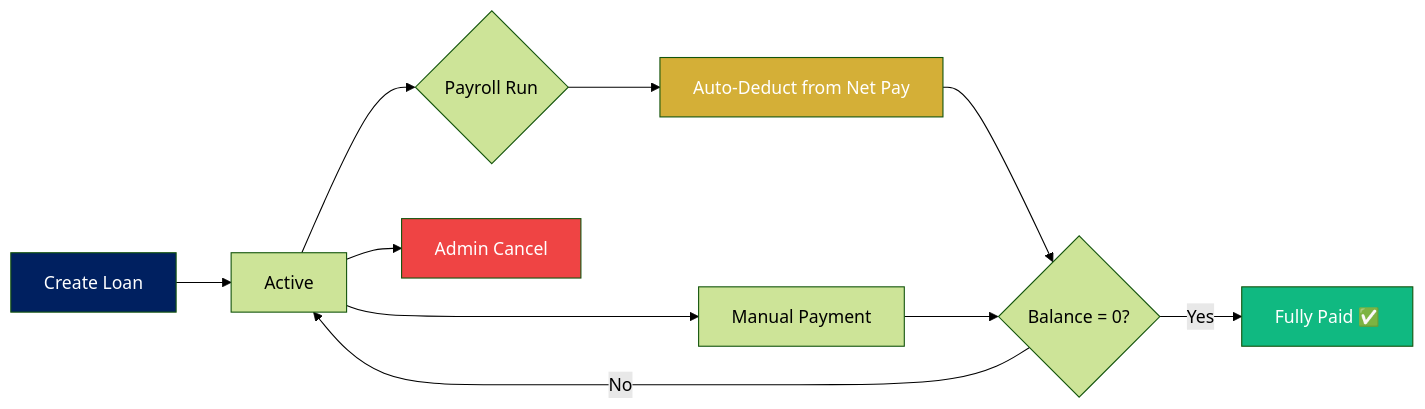
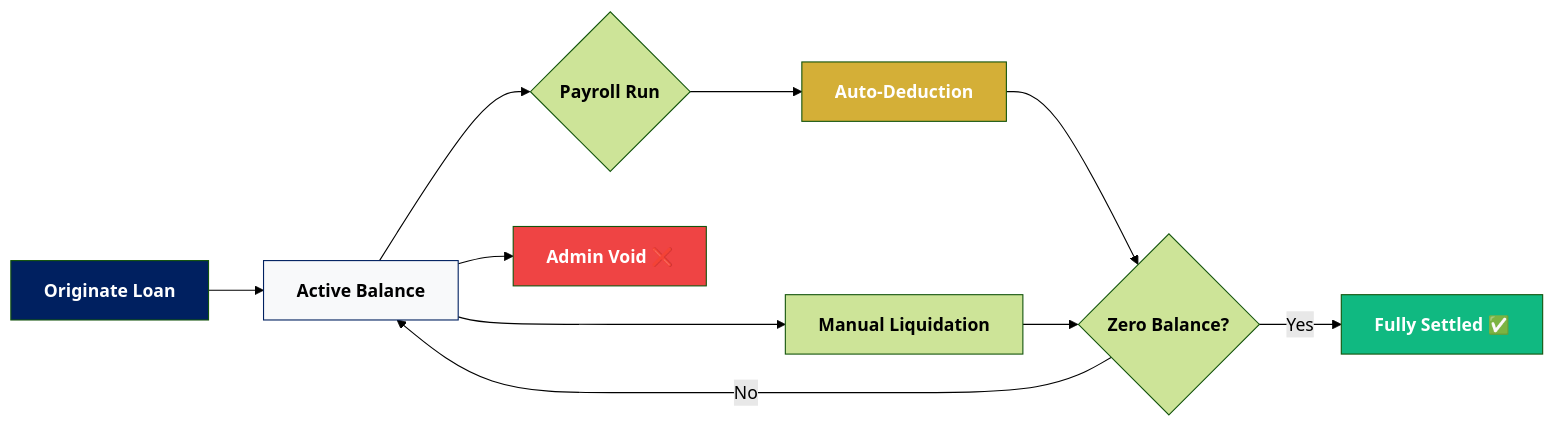
Before and after one commit to binssente-crypto/PAYROLL-DOCUMENTATION: the seventh of 11 diagrams in README.md, drawn with Mermaid (forest theme). The commit also changed other lines of this file, not shown here.

First line of the commit message:
Revise README for BizMaker Premium Payroll & ERP Suite

````diff
--- a/README.md
+++ b/README.md
@@ -206,17 +240,18 @@
 ```mermaid
 flowchart LR
-    CREATE[Create Loan] --> ACTIVE[Active]
-    ACTIVE --> PAYROLL{Payroll Run}
-    PAYROLL --> DEDUCT[Auto-Deduct from Net Pay]
-    DEDUCT --> BAL{Balance = 0?}
-    BAL -- Yes --> PAID[Fully Paid ✅]
-    BAL -- No --> ACTIVE
-    ACTIVE --> MANUAL[Manual Payment]
+    CREATE[<b>Originate Loan</b>] --> ACTIVE[<b>Active Balance</b>]
+    ACTIVE --> PAYROLL{<b>Payroll Run</b>}
+    PAYROLL --> DEDUCT[<b>Auto-Deduction</b>]
+    DEDUCT --> BAL{<b>Zero Balance?</b>}
+    BAL -- "Yes" --> PAID[<b>Fully Settled ✅</b>]
+    BAL -- "No" --> ACTIVE
+    ACTIVE --> MANUAL[<b>Manual Liquidation</b>]
     MANUAL --> BAL
-    ACTIVE --> CANCEL[Admin Cancel]
+    ACTIVE --> CANCEL[<b>Admin Void ❌</b>]
 
     style CREATE fill:#002060,color:#fff
     style PAID fill:#10b981,color:#fff
     style CANCEL fill:#ef4444,color:#fff
     style DEDUCT fill:#D4AF37,color:#fff
+    style ACTIVE fill:#f8f9fa,stroke:#002060
 ```
````
